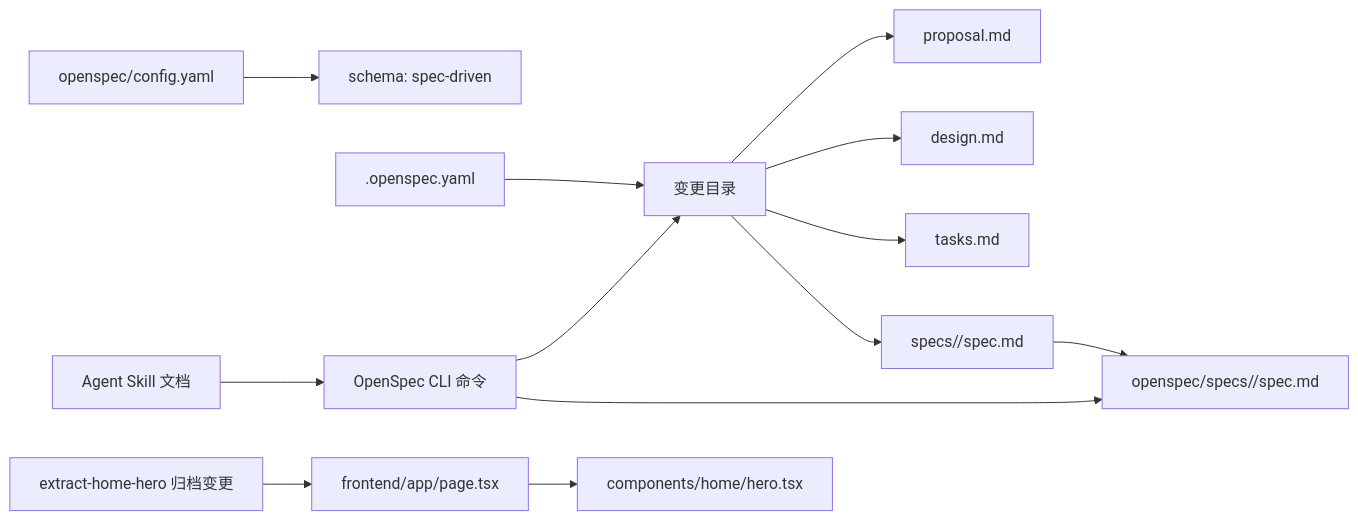
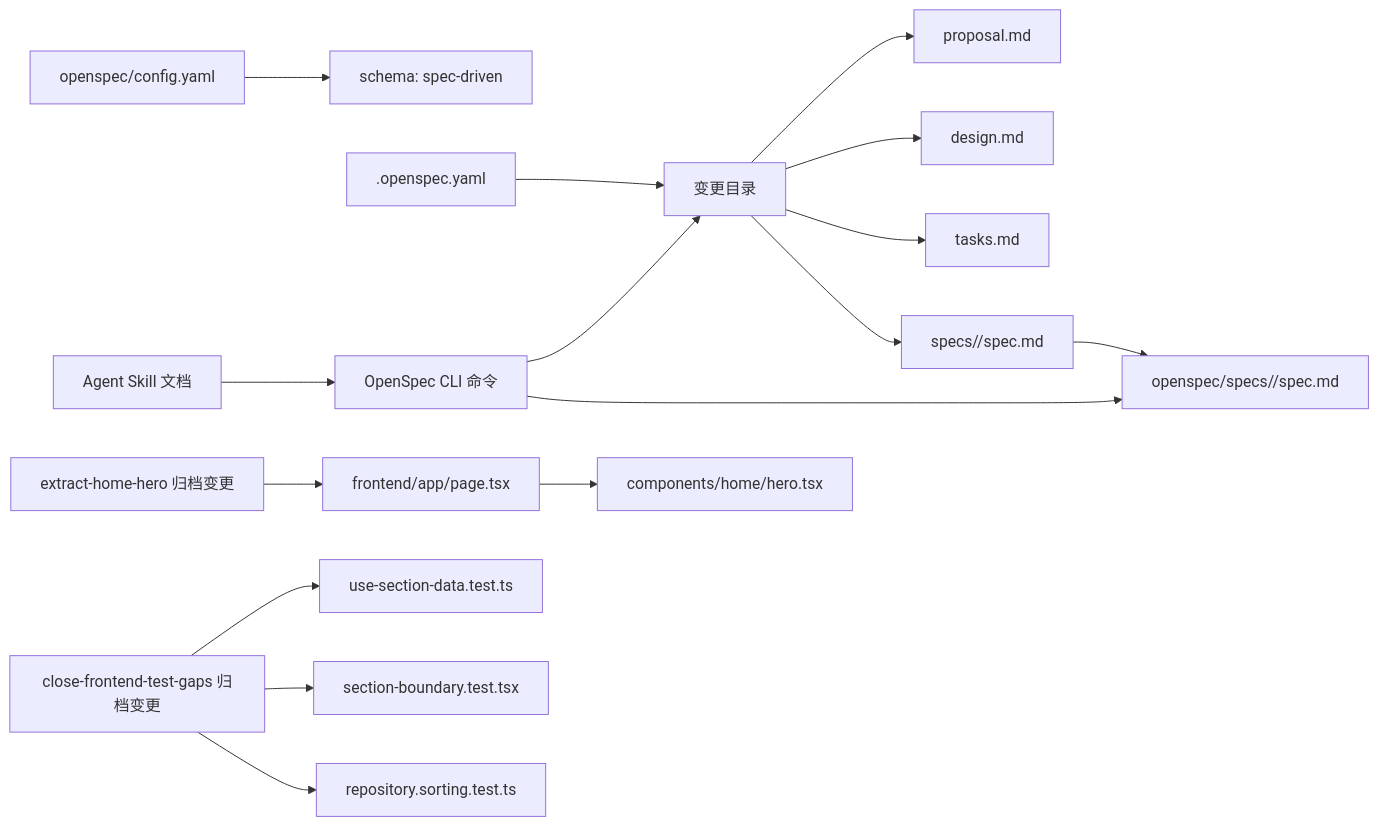
Before and after one commit to luyitiger6/my-first-project: the tenth of 10 diagrams in .qoder/repowiki/zh/content/规格驱动开发/OpenSpec 工具使用.md, drawn with Mermaid. The commit also changed other lines of this file and 33 other files, not shown here.

````diff
--- a/.qoder/repowiki/zh/content/规格驱动开发/OpenSpec 工具使用.md
+++ b/.qoder/repowiki/zh/content/规格驱动开发/OpenSpec 工具使用.md
@@ -355,15 +415,18 @@
 ```mermaid
 graph LR
 Config["openspec/config.yaml"] --> Schema["schema: spec-driven"]
 Meta[".openspec.yaml"] --> ChangeDir["变更目录"]
 ChangeDir --> Proposal["proposal.md"]
 ChangeDir --> Design["design.md"]
 ChangeDir --> Tasks["tasks.md"]
 ChangeDir --> Delta["specs/<capability>/spec.md"]
 Delta --> MainSpec["openspec/specs/<capability>/spec.md"]
 Skills["Agent Skill 文档"] --> CLI["OpenSpec CLI 命令"]
 CLI --> ChangeDir
 CLI --> MainSpec
 ExtractHero["extract-home-hero 归档变更"] --> FrontendPage["frontend/app/page.tsx"]
 FrontendPage --> HeroComponent["components/home/hero.tsx"]
+TestGaps["close-frontend-test-gaps 归档变更"] --> UseSectionData["use-section-data.test.ts"]
+TestGaps --> SectionBoundary["section-boundary.test.tsx"]
+TestGaps --> SortingTest["repository.sorting.test.ts"]
 ```
````
